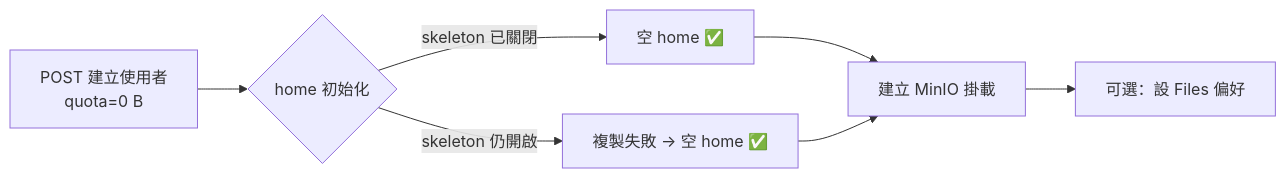
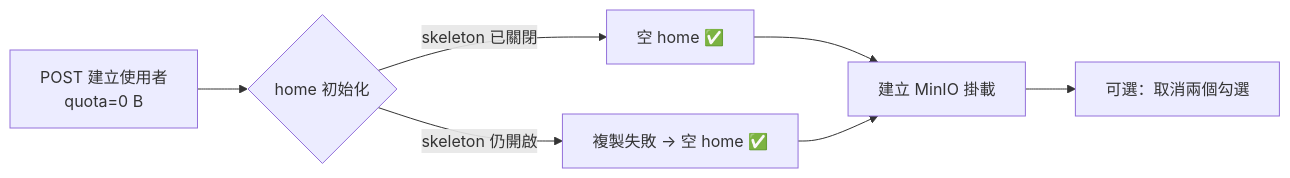
Before and after one commit to chadwu-tt0312/nextcloud-server-260102: the second of 2 diagrams in tools/README.md, drawn with Mermaid. The commit also changed other lines of this file and 9 other files, not shown here.

````diff
--- a/tools/README.md
+++ b/tools/README.md
@@ -155,9 +208,9 @@
 ```mermaid
 flowchart LR
     A[POST 建立使用者<br/>quota=0 B] --> B{home 初始化}
     B -->|skeleton 已關閉| C[空 home ✅]
     B -->|skeleton 仍開啟| D[複製失敗 → 空 home ✅]
     C --> E[建立 MinIO 掛載]
     D --> E
-    E --> F[可選：設 Files 偏好]
+    E --> F[可選：取消兩個勾選]
 ```
````
